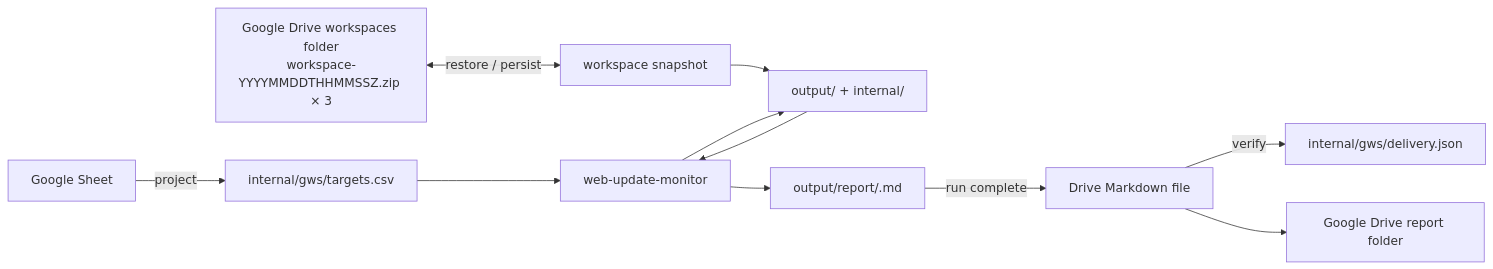
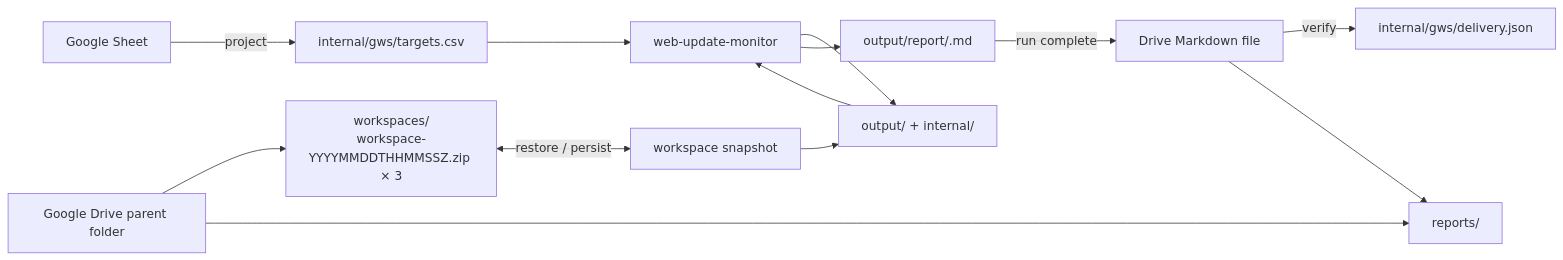
One commit to dceoy/wsum changed the diagram in skills/web-update-monitor-gws/SKILL.md. Above: the diagram before and after it, drawn with Mermaid. The commit also changed other lines of this file, not shown here.

Commit message:
docs(gws): resolve Drive folders from one parent (SKILL.md)

````diff
--- a/skills/web-update-monitor-gws/SKILL.md
+++ b/skills/web-update-monitor-gws/SKILL.md
@@ -16,13 +16,15 @@
 ```mermaid
 flowchart LR
     GS["Google Sheet"] -->|project| CSV["internal/gws/targets.csv"]
-    DS["Google Drive workspaces folder<br/>workspace-YYYYMMDDTHHMMSSZ.zip × 3"] <-->|restore / persist| WS["workspace snapshot"]
+    DP["Google Drive parent folder"] --> DS["workspaces/<br/>workspace-YYYYMMDDTHHMMSSZ.zip × 3"]
+    DP --> DR["reports/"]
+    DS <-->|restore / persist| WS["workspace snapshot"]
     WS --> WORKSPACE["output/ + internal/"]
     CSV --> CORE["web-update-monitor"]
     WORKSPACE --> CORE
     CORE --> WORKSPACE
     CORE --> REPORT["output/report/<run-id>.md"]
     REPORT -->|run complete| GMD["Drive Markdown file"]
     GMD -->|verify| DELIVERY["internal/gws/delivery.json"]
-    GMD --> DR["Google Drive report folder"]
+    GMD --> DR
 ```
````
